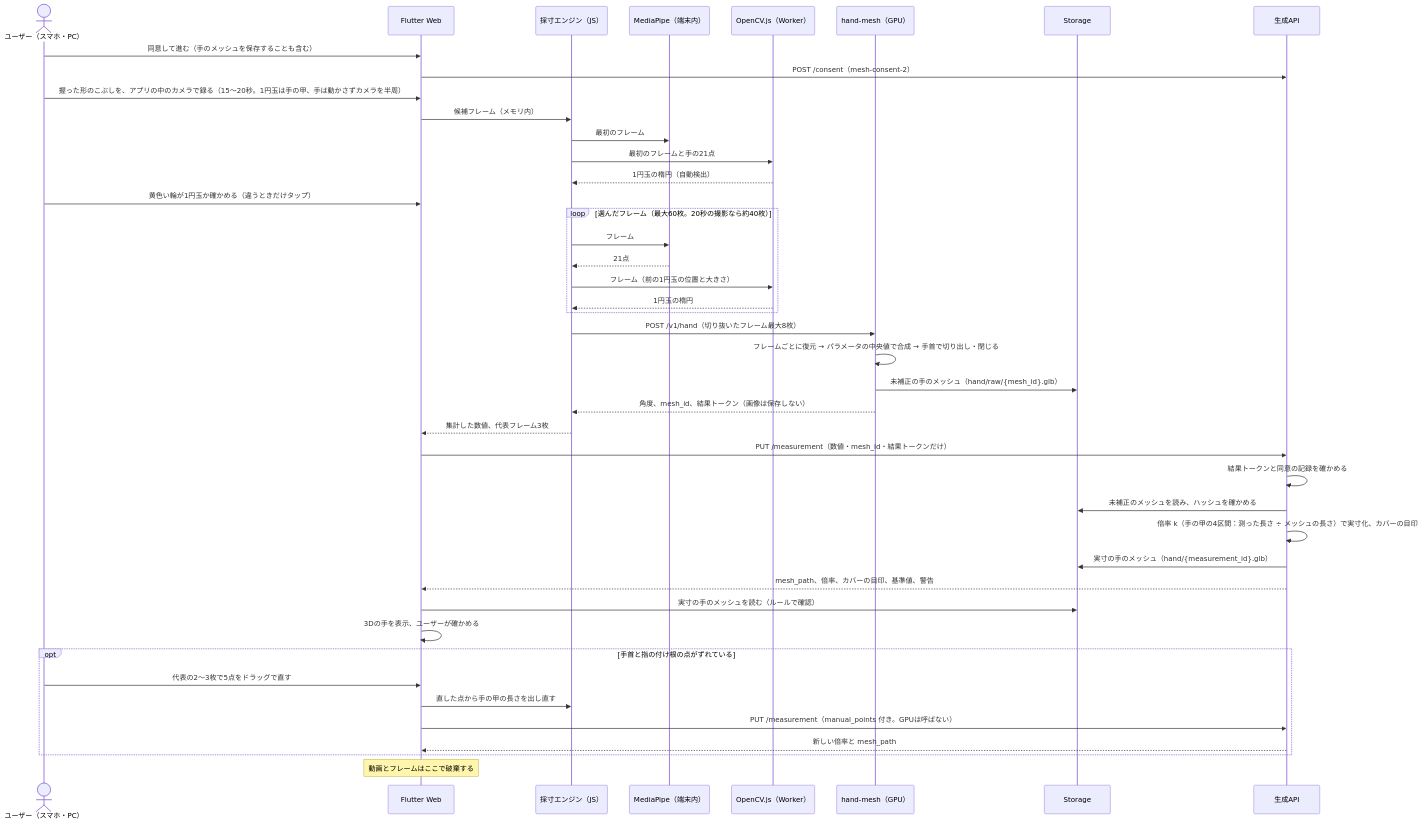
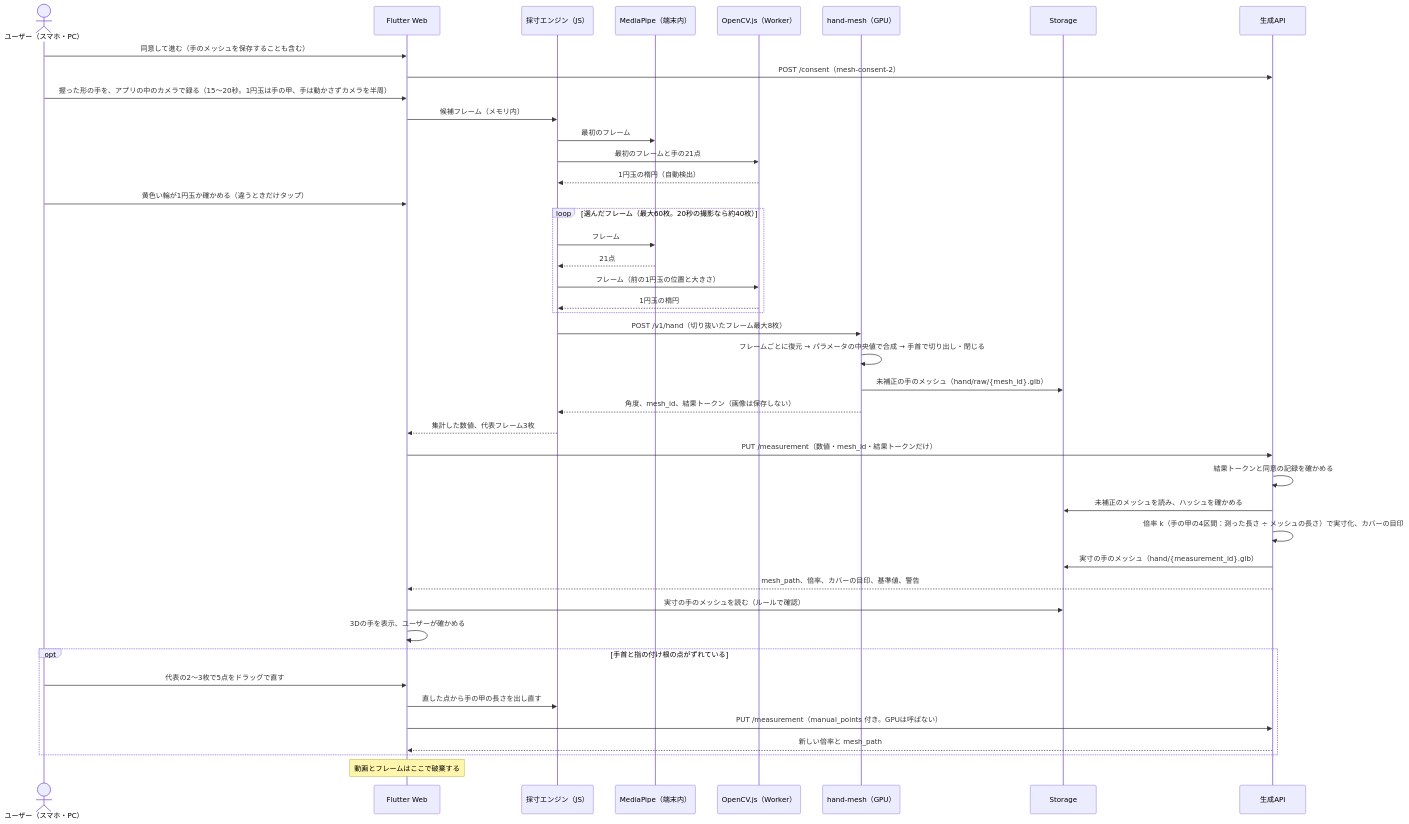
The second of 4 diagrams in docs/architecture.md (Devfest-Hackathon-2026/df-2026-t101), drawn with Mermaid before and after one commit. The commit also changed other lines of this file and 17 other files, not shown here.

````diff
--- a/docs/architecture.md
+++ b/docs/architecture.md
@@ -89,45 +89,45 @@
 ```mermaid
 sequenceDiagram
   actor U as ユーザー（スマホ・PC）
   participant App as Flutter Web
   participant EN as 採寸エンジン（JS）
   participant MP as MediaPipe（端末内）
   participant CV as OpenCV.js（Worker）
   participant HM as hand-mesh（GPU）
   participant ST as Storage
   participant API as 生成API
   U->>App: 同意して進む（手のメッシュを保存することも含む）
   App->>API: POST /consent（mesh-consent-2）
-  U->>App: 握った形のこぶしを、アプリの中のカメラで録る（15〜20秒。1円玉は手の甲、手は動かさずカメラを半周）
+  U->>App: 握った形の手を、アプリの中のカメラで録る（15〜20秒。1円玉は手の甲、手は動かさずカメラを半周）
   App->>EN: 候補フレーム（メモリ内）
   EN->>MP: 最初のフレーム
   EN->>CV: 最初のフレームと手の21点
   CV-->>EN: 1円玉の楕円（自動検出）
   U->>App: 黄色い輪が1円玉か確かめる（違うときだけタップ）
   loop 選んだフレーム（最大60枚。20秒の撮影なら約40枚）
     EN->>MP: フレーム
     MP-->>EN: 21点
     EN->>CV: フレーム（前の1円玉の位置と大きさ）
     CV-->>EN: 1円玉の楕円
   end
   EN->>HM: POST /v1/hand（切り抜いたフレーム最大8枚）
   HM->>HM: フレームごとに復元 → パラメータの中央値で合成 → 手首で切り出し・閉じる
   HM->>ST: 未補正の手のメッシュ（hand/raw/{mesh_id}.glb）
   HM-->>EN: 角度、mesh_id、結果トークン（画像は保存しない）
   EN-->>App: 集計した数値、代表フレーム3枚
   App->>API: PUT /measurement（数値・mesh_id・結果トークンだけ）
   API->>API: 結果トークンと同意の記録を確かめる
   API->>ST: 未補正のメッシュを読み、ハッシュを確かめる
   API->>API: 倍率 k（手の甲の4区間：測った長さ ÷ メッシュの長さ）で実寸化、カバーの目印
   API->>ST: 実寸の手のメッシュ（hand/{measurement_id}.glb）
   API-->>App: mesh_path、倍率、カバーの目印、基準値、警告
   App->>ST: 実寸の手のメッシュを読む（ルールで確認）
   App->>App: 3Dの手を表示、ユーザーが確かめる
   opt 手首と指の付け根の点がずれている
     U->>App: 代表の2〜3枚で5点をドラッグで直す
     App->>EN: 直した点から手の甲の長さを出し直す
     App->>API: PUT /measurement（manual_points 付き。GPUは呼ばない）
     API-->>App: 新しい倍率と mesh_path
   end
   Note over App: 動画とフレームはここで破棄する
 ```
````
